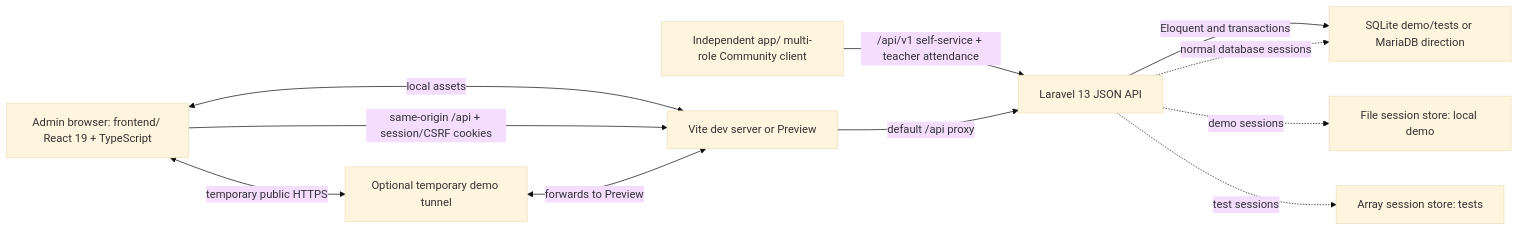
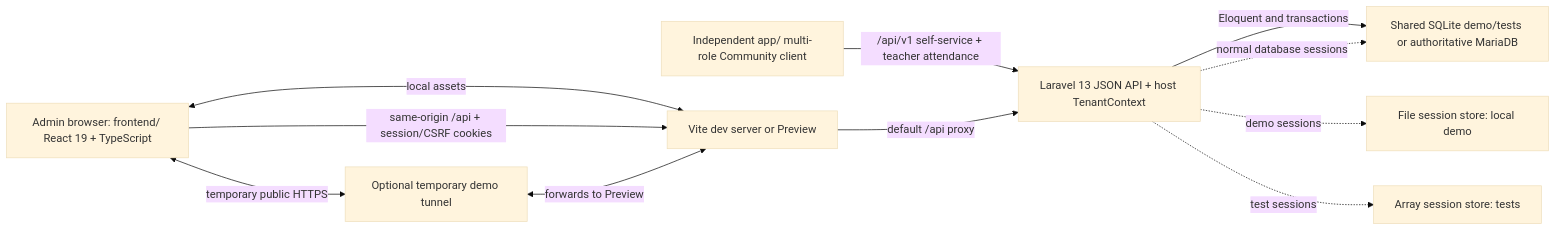
One commit to Kaikaiyng/Matahari changed the diagram in docs/architecture.md. Above: the diagram before and after it, drawn with Mermaid (base theme). The commit also changed other lines of this file and 17 other files, not shown here.

Commit message:
docs: document multi-tenant SaaS architecture

````diff
--- a/docs/architecture.md
+++ b/docs/architecture.md
@@ -9,22 +15,22 @@
 ```mermaid
 flowchart LR
     Browser["Admin browser: frontend/ React 19 + TypeScript"]
     Mobile["Independent app/ multi-role Community client"]
     Vite["Vite dev server or Preview"]
-    API["Laravel 13 JSON API"]
-    DB["SQLite demo/tests or MariaDB direction"]
+    API["Laravel 13 JSON API + host TenantContext"]
+    DB["Shared SQLite demo/tests or authoritative MariaDB"]
     Files["File session store: local demo"]
     Memory["Array session store: tests"]
     Tunnel["Optional temporary demo tunnel"]
 
     Browser <-->|"local assets"| Vite
     Mobile -->|"/api/v1 self-service + teacher attendance"| API
     Browser -->|"same-origin /api + session/CSRF cookies"| Vite
     Browser <-->|"temporary public HTTPS"| Tunnel
     Tunnel <-->|"forwards to Preview"| Vite
     Vite -->|"default /api proxy"| API
     API -->|"Eloquent and transactions"| DB
     API -.->|"normal database sessions"| DB
     API -.->|"demo sessions"| Files
     API -.->|"test sessions"| Memory
 ```
````
